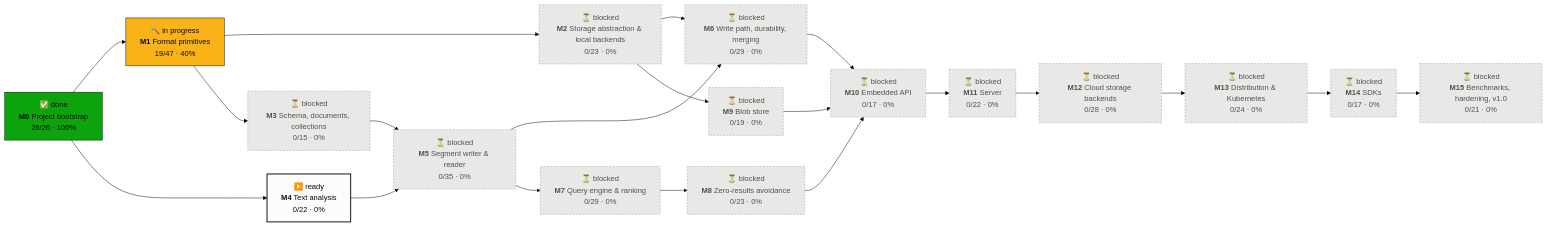
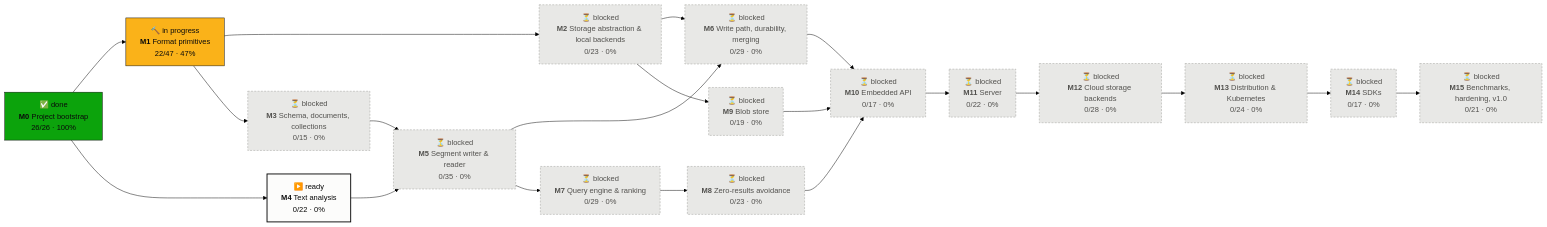
One commit to tomiok/persiaDB changed the first of 2 diagrams in PROGRESS.md. Above: the diagram before and after it, drawn with Mermaid (forest theme). The commit also changed other lines of this file and 8 other files, not shown here.

First line of the commit message:
fix(format): address batch review of 1.3.1-1.3.3; upstream xxh3 vectors; tick ROADMAP 1.3

````diff
--- a/PROGRESS.md
+++ b/PROGRESS.md
@@ -14,42 +14,42 @@
 ```mermaid
 flowchart LR
   M0["✅ done<br/><b>M0</b> Project bootstrap<br/>26/26 · 100%"]:::done
-  M1["🔨 in progress<br/><b>M1</b> Format primitives<br/>19/47 · 40%"]:::doing
+  M1["🔨 in progress<br/><b>M1</b> Format primitives<br/>22/47 · 47%"]:::doing
   M2["⏳ blocked<br/><b>M2</b> Storage abstraction & local backends<br/>0/23 · 0%"]:::blocked
   M3["⏳ blocked<br/><b>M3</b> Schema, documents, collections<br/>0/15 · 0%"]:::blocked
   M4["▶️ ready<br/><b>M4</b> Text analysis<br/>0/22 · 0%"]:::ready
   M5["⏳ blocked<br/><b>M5</b> Segment writer & reader<br/>0/35 · 0%"]:::blocked
   M6["⏳ blocked<br/><b>M6</b> Write path, durability, merging<br/>0/29 · 0%"]:::blocked
   M7["⏳ blocked<br/><b>M7</b> Query engine & ranking<br/>0/29 · 0%"]:::blocked
   M8["⏳ blocked<br/><b>M8</b> Zero-results avoidance<br/>0/23 · 0%"]:::blocked
   M9["⏳ blocked<br/><b>M9</b> Blob store<br/>0/19 · 0%"]:::blocked
   M10["⏳ blocked<br/><b>M10</b> Embedded API<br/>0/17 · 0%"]:::blocked
   M11["⏳ blocked<br/><b>M11</b> Server<br/>0/22 · 0%"]:::blocked
   M12["⏳ blocked<br/><b>M12</b> Cloud storage backends<br/>0/28 · 0%"]:::blocked
   M13["⏳ blocked<br/><b>M13</b> Distribution & Kubernetes<br/>0/24 · 0%"]:::blocked
   M14["⏳ blocked<br/><b>M14</b> SDKs<br/>0/17 · 0%"]:::blocked
   M15["⏳ blocked<br/><b>M15</b> Benchmarks, hardening, v1.0<br/>0/21 · 0%"]:::blocked
   M0 --> M1
   M1 --> M2
   M1 --> M3
   M0 --> M4
   M3 --> M5
   M4 --> M5
   M2 --> M6
   M5 --> M6
   M5 --> M7
   M7 --> M8
   M2 --> M9
   M6 --> M10
   M8 --> M10
   M9 --> M10
   M10 --> M11
   M11 --> M12
   M12 --> M13
   M13 --> M14
   M14 --> M15
   classDef done fill:#0ca30c,stroke:#0b0b0b,color:#0b0b0b
   classDef doing fill:#fab219,stroke:#0b0b0b,color:#0b0b0b
   classDef ready fill:#fcfcfb,stroke:#0b0b0b,stroke-width:2px,color:#0b0b0b
   classDef blocked fill:#e8e8e6,stroke:#9a9a96,stroke-dasharray:4 3,color:#52514e
 ```
````
